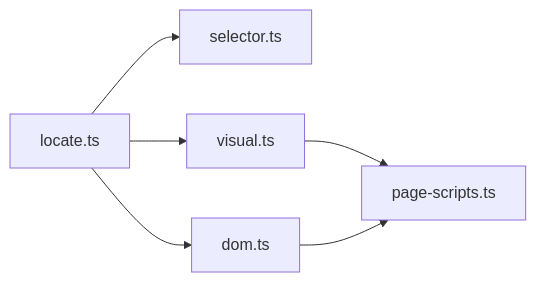
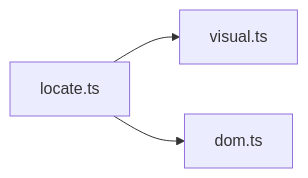
One commit to Min-gzm/Jevwright changed the third of 3 diagrams in docs/tech/locator_technical_design.md. Above: the diagram before and after it, drawn with Mermaid. The commit also changed other lines of this file, not shown here.

````diff
--- a/docs/tech/locator_technical_design.md
+++ b/docs/tech/locator_technical_design.md
@@ -198,8 +216,5 @@
 ```mermaid
 flowchart LR
-  locate[locate.ts] --> selector[selector.ts]
-  locate --> visual[visual.ts]
+  locate[locate.ts] --> visual[visual.ts]
   locate --> dom[dom.ts]
-  visual --> scripts[page-scripts.ts]
-  dom --> scripts
 ```
````
